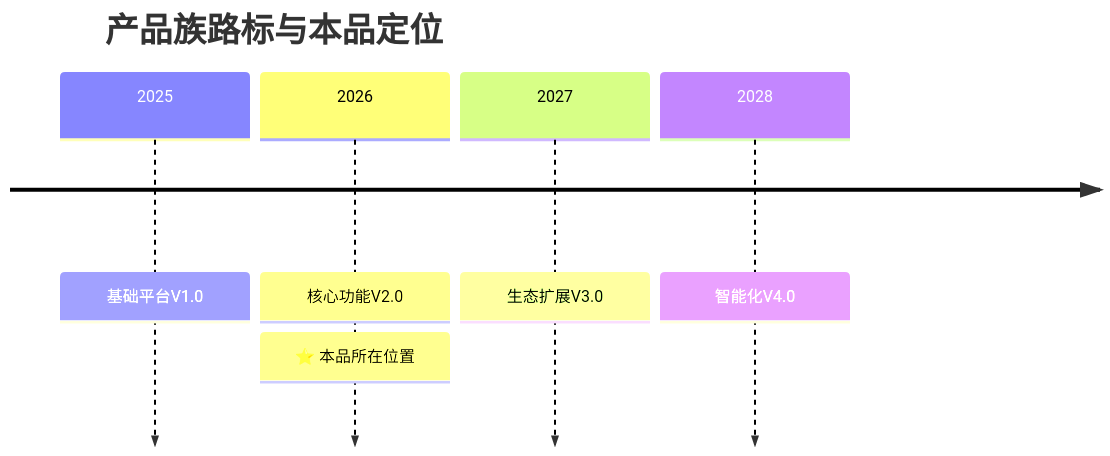
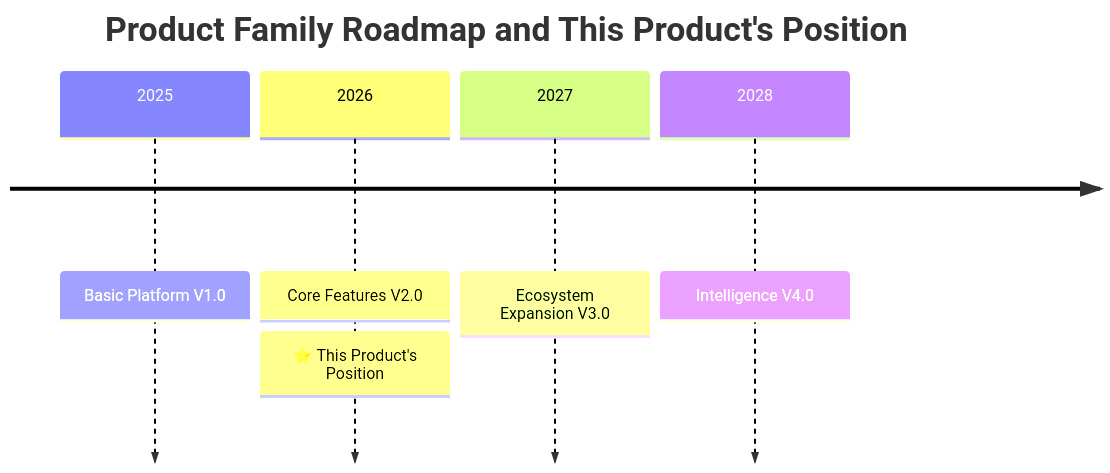
Before and after one commit to Kirky-X/cangjie: the third of 11 diagrams in templates/产品/战略层/【模板】项目任务书.md, drawn with Mermaid. The commit also changed other lines of this file and 60 other files, not shown here.

````diff
--- a/templates/产品/战略层/【模板】项目任务书.md
+++ b/templates/产品/战略层/【模板】项目任务书.md
@@ -190,8 +190,8 @@
 ```mermaid
 timeline
-    title 产品族路标与本品定位
-    2025 : 基础平台V1.0
-    2026 : 核心功能V2.0 : ⭐ 本品所在位置
-    2027 : 生态扩展V3.0
-    2028 : 智能化V4.0
+    title Product Family Roadmap and This Product's Position
+    2025 : Basic Platform V1.0
+    2026 : Core Features V2.0 : ⭐ This Product's Position
+    2027 : Ecosystem Expansion V3.0
+    2028 : Intelligence V4.0
 ```
````
